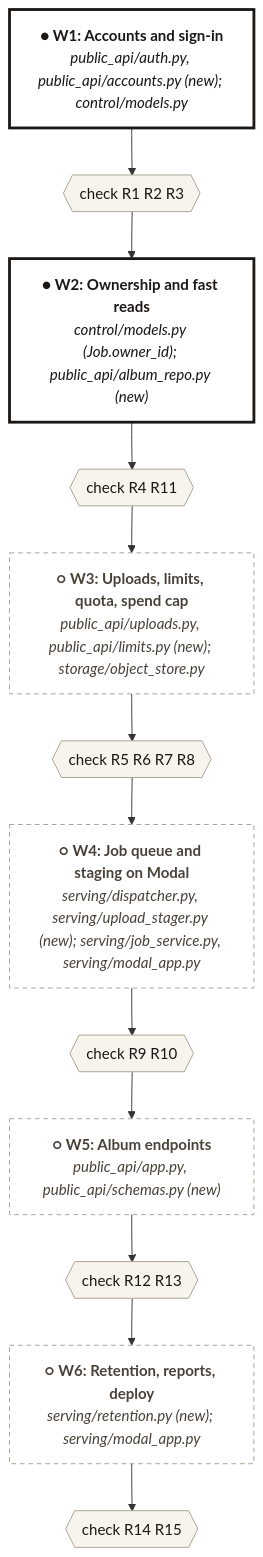
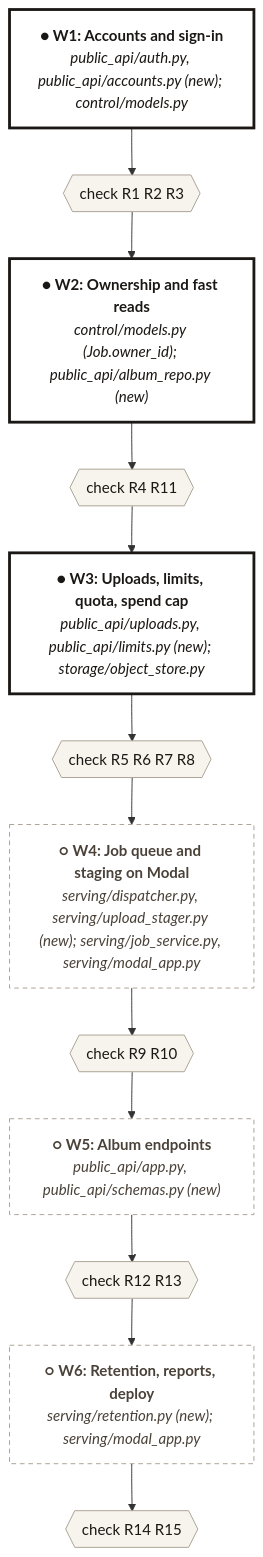
Before and after one commit to jonathanhexner/albumify: the first of 2 diagrams in specs/120-public-api-accounts/spec.md, drawn with Mermaid. The commit also changed other lines of this file and 21 other files, not shown here.

First line of the commit message:
feat(spec-120 W3): uploads, limits, quota and spend cap

````diff
--- a/specs/120-public-api-accounts/spec.md
+++ b/specs/120-public-api-accounts/spec.md
@@ -38,20 +38,20 @@
 ```mermaid
 flowchart TD
   S1["<b>● W1: Accounts and sign-in</b><br/><i>public_api/auth.py, public_api/accounts.py (new); control/models.py</i>"] --> C1{{"check R1 R2 R3"}}
   C1 --> S2["<b>● W2: Ownership and fast reads</b><br/><i>control/models.py (Job.owner_id); public_api/album_repo.py (new)</i>"]
   S2 --> C2{{"check R4 R11"}}
-  C2 --> S3["<b>○ W3: Uploads, limits, quota, spend cap</b><br/><i>public_api/uploads.py, public_api/limits.py (new); storage/object_store.py</i>"]
+  C2 --> S3["<b>● W3: Uploads, limits, quota, spend cap</b><br/><i>public_api/uploads.py, public_api/limits.py (new); storage/object_store.py</i>"]
   S3 --> C3{{"check R5 R6 R7 R8"}}
   C3 --> S4["<b>○ W4: Job queue and staging on Modal</b><br/><i>serving/dispatcher.py, serving/upload_stager.py (new); serving/job_service.py, serving/modal_app.py</i>"]
   S4 --> C4{{"check R9 R10"}}
   C4 --> S5["<b>○ W5: Album endpoints</b><br/><i>public_api/app.py, public_api/schemas.py (new)</i>"]
   S5 --> C5{{"check R12 R13"}}
   C5 --> S6["<b>○ W6: Retention, reports, deploy</b><br/><i>serving/retention.py (new); serving/modal_app.py</i>"]
   S6 --> C6{{"check R14 R15"}}
   classDef done fill:#FFFFFF,stroke:#1B1714,stroke-width:3px,color:#1B1714
   classDef todo fill:#FFFFFF,stroke:#A89F92,stroke-width:1px,stroke-dasharray:5 4,color:#4A4239
   classDef check fill:#F7F4EE,stroke:#A89F92,color:#1B1714
-  class S1,S2 done
-  class S3,S4,S5,S6 todo
+  class S1,S2,S3 done
+  class S4,S5,S6 todo
   class C1,C2,C3,C4,C5,C6 check
 ```
````
